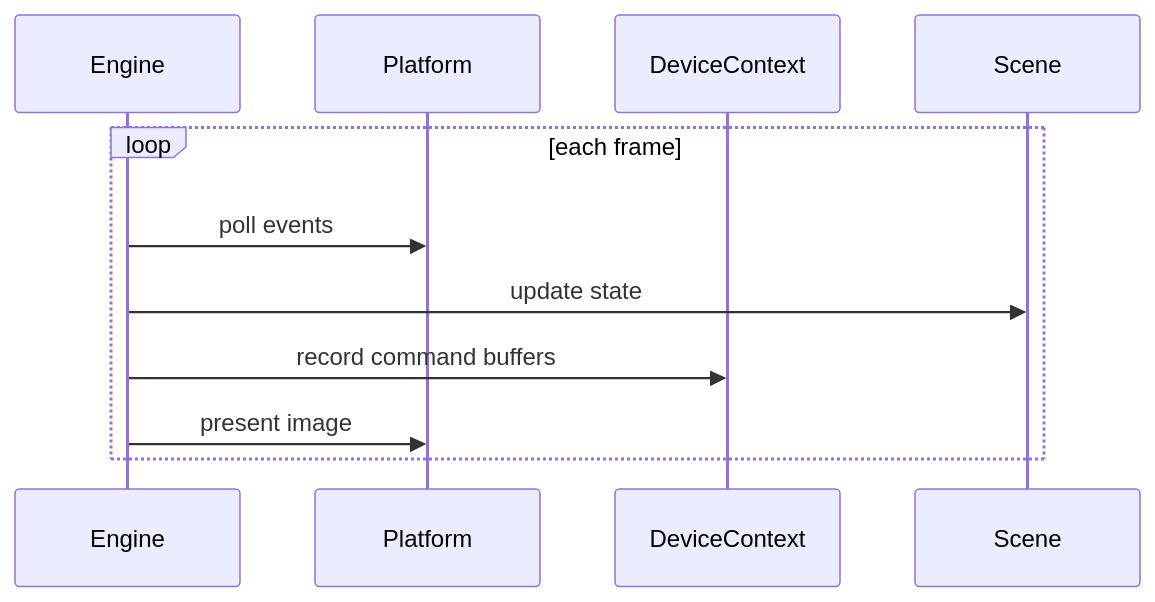
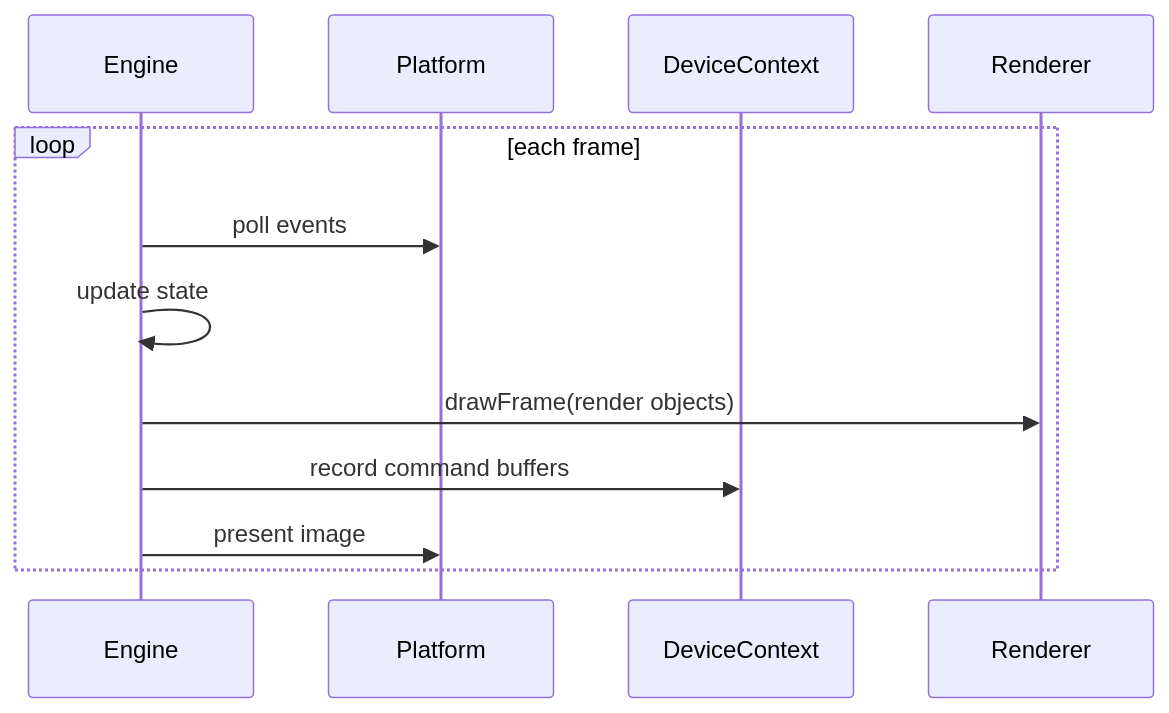
One commit to etib-corp/evan changed the second of 2 diagrams in docs/ARCHITECTURE.md. Above: the diagram before and after it, drawn with Mermaid. The commit also changed other lines of this file and 4 other files, not shown here.

````diff
--- a/docs/ARCHITECTURE.md
+++ b/docs/ARCHITECTURE.md
@@ -30,14 +31,15 @@
 ```mermaid
 sequenceDiagram
     participant Engine
     participant Platform
     participant Device as DeviceContext
-    participant Scene
+    participant Renderer
 
     loop each frame
         Engine->>Platform: poll events
-        Engine->>Scene: update state
+        Engine->>Engine: update state
+        Engine->>Renderer: drawFrame(render objects)
         Engine->>Device: record command buffers
         Engine->>Platform: present image
     end
 ```
````
